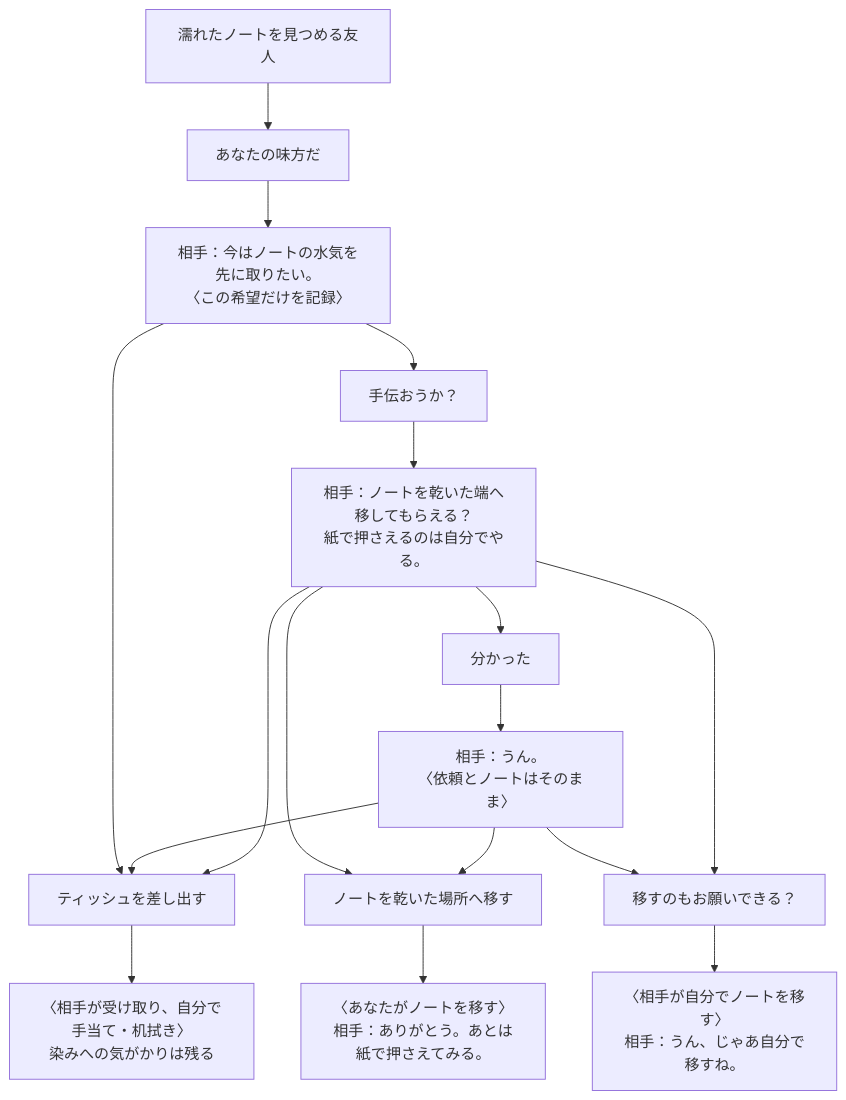
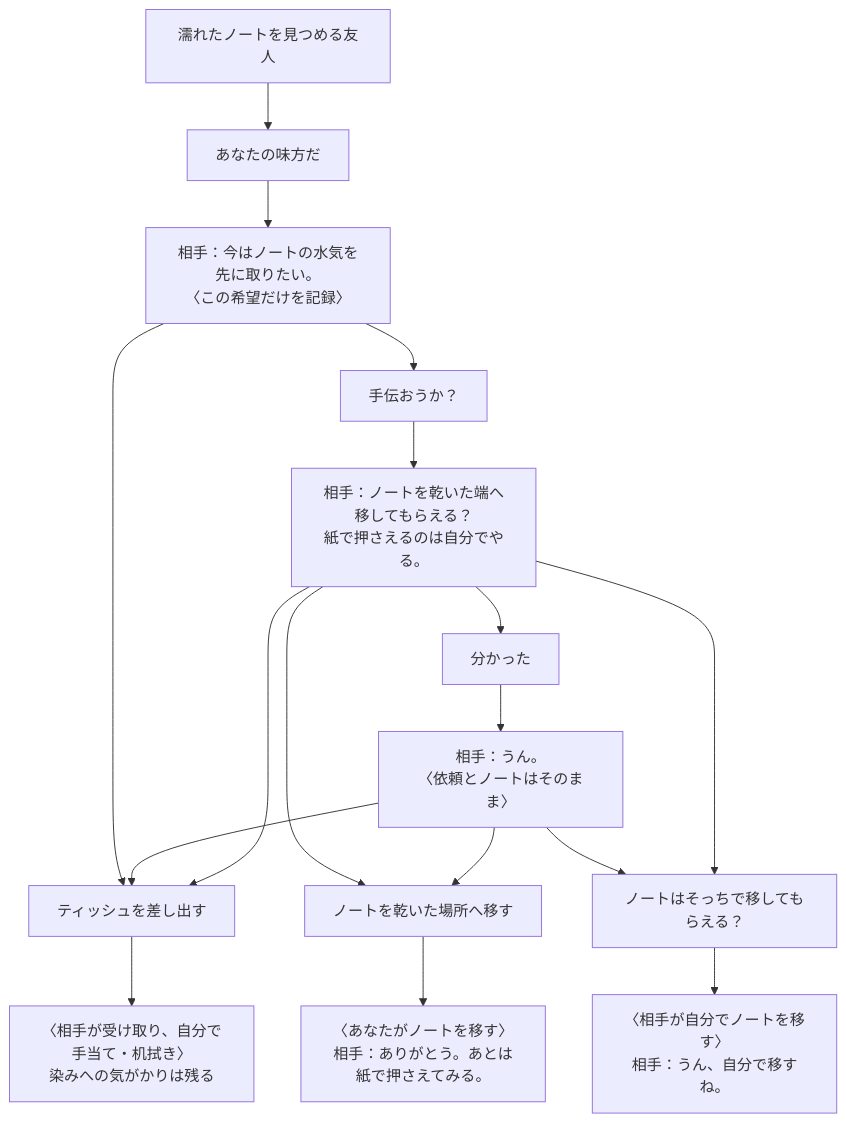
Before and after one commit to shirai-masatomo/whitespace: the second of 3 diagrams in docs/COFFEE_FLOW.md, drawn with Mermaid. The commit also changed other lines of this file and 10 other files, not shown here.

````diff
--- a/docs/COFFEE_FLOW.md
+++ b/docs/COFFEE_FLOW.md
@@ -35,19 +35,19 @@
 ```mermaid
 flowchart TB
   start["濡れたノートを見つめる友人"] --> support["あなたの味方だ"]
   support --> wish["相手：今はノートの水気を先に取りたい。<br/>〈この希望だけを記録〉"]
   wish --> paper["ティッシュを差し出す"]
   paper --> care["〈相手が受け取り、自分で手当て・机拭き〉<br/>染みへの気がかりは残る"]
   wish --> help["手伝おうか？"]
   help --> request["相手：ノートを乾いた端へ移してもらえる？<br/>紙で押さえるのは自分でやる。"]
   request --> move["ノートを乾いた場所へ移す"]
   request --> ack["分かった"]
   ack --> pending["相手：うん。<br/>〈依頼とノートはそのまま〉"]
   pending --> move
   pending --> entrust
   pending --> paper
-  request --> entrust["移すのもお願いできる？"]
+  request --> entrust["ノートはそっちで移してもらえる？"]
   request --> paper
   move --> player["〈あなたがノートを移す〉<br/>相手：ありがとう。あとは紙で押さえてみる。"]
-  entrust --> owner["〈相手が自分でノートを移す〉<br/>相手：うん、じゃあ自分で移すね。"]
+  entrust --> owner["〈相手が自分でノートを移す〉<br/>相手：うん、自分で移すね。"]
 ```
````
